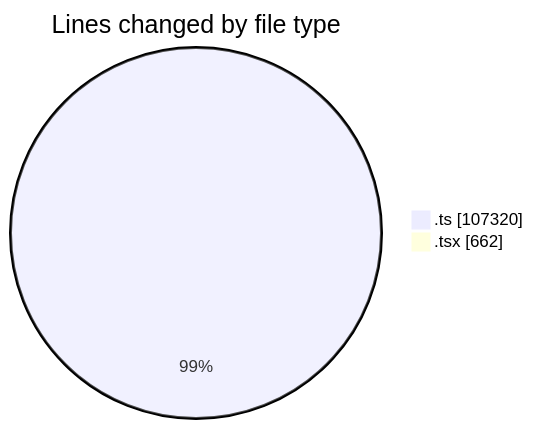
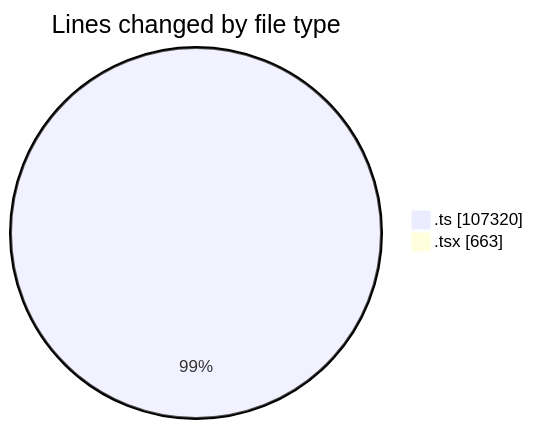
The first of 2 diagrams in 2025-08-22/cda/README.md (momahboobian/code-tracking), drawn with Mermaid before and after one commit. The commit also changed other lines of this file and 1 other file, not shown here.

````diff
--- a/2025-08-22/cda/README.md
+++ b/2025-08-22/cda/README.md
@@ -32,6 +32,6 @@
 ```mermaid
 pie showData
 title Lines changed by file type
 ".ts" : 107320
-".tsx" : 662
+".tsx" : 663
 ```
````
